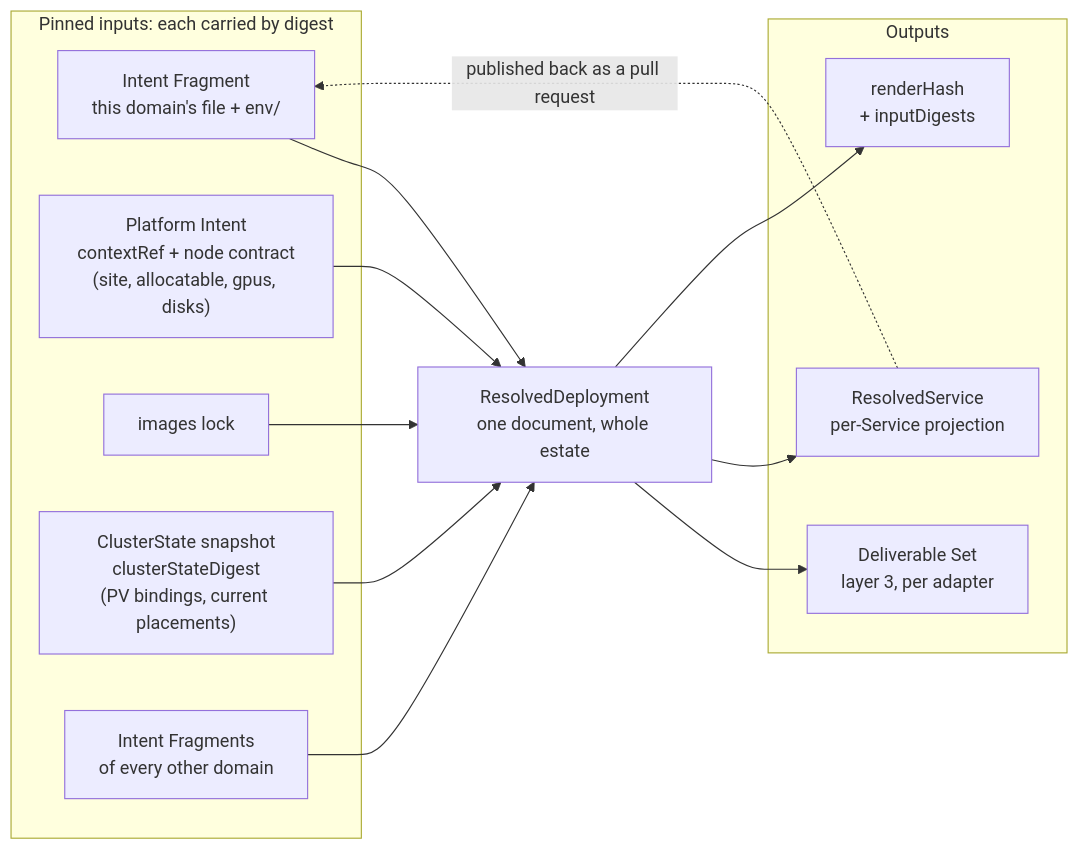
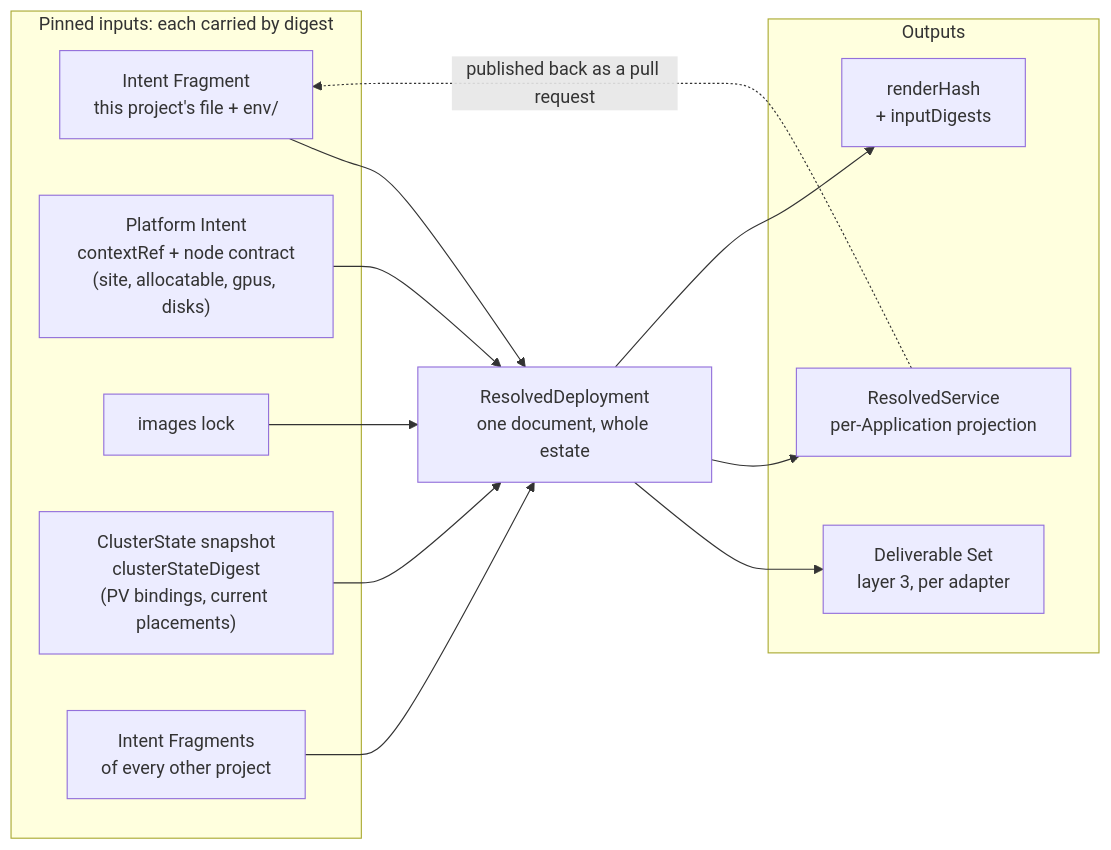
Before and after one commit to JorisJonkers-dev/deploy-kit: the first of 2 diagrams in spec/v1/20-resolved-deployment.md, drawn with Mermaid. The commit also changed other lines of this file and 169 other files, not shown here.

Commit message:
refactor: rename the authored hierarchy to Project, Application and Process (#100)

````diff
--- a/spec/v1/20-resolved-deployment.md
+++ b/spec/v1/20-resolved-deployment.md
@@ -973,28 +973,28 @@
 ```mermaid
 flowchart LR
     subgraph IN["Pinned inputs: each carried by digest"]
-        i1["Intent Fragment<br/>this domain's file + env/"]
+        i1["Intent Fragment<br/>this project's file + env/"]
         i2["Platform Intent<br/>contextRef + node contract<br/>(site, allocatable, gpus, disks)"]
         i3["images lock"]
         i4["ClusterState snapshot<br/>clusterStateDigest<br/>(PV bindings, current placements)"]
-        i5["Intent Fragments<br/>of every other domain"]
+        i5["Intent Fragments<br/>of every other project"]
     end
 
     RD["ResolvedDeployment<br/>one document, whole estate"]
 
     subgraph OUT["Outputs"]
         o1["Deliverable Set<br/>layer 3, per adapter"]
-        o2["ResolvedService<br/>per-Service projection"]
+        o2["ResolvedService<br/>per-Application projection"]
         o3["renderHash<br/>+ inputDigests"]
     end
 
     i1 --> RD
     i2 --> RD
     i3 --> RD
     i4 --> RD
     i5 --> RD
     RD --> o1
     RD --> o2
     RD --> o3
     o2 -.->|"published back as a pull request"| i1
 ```
````
